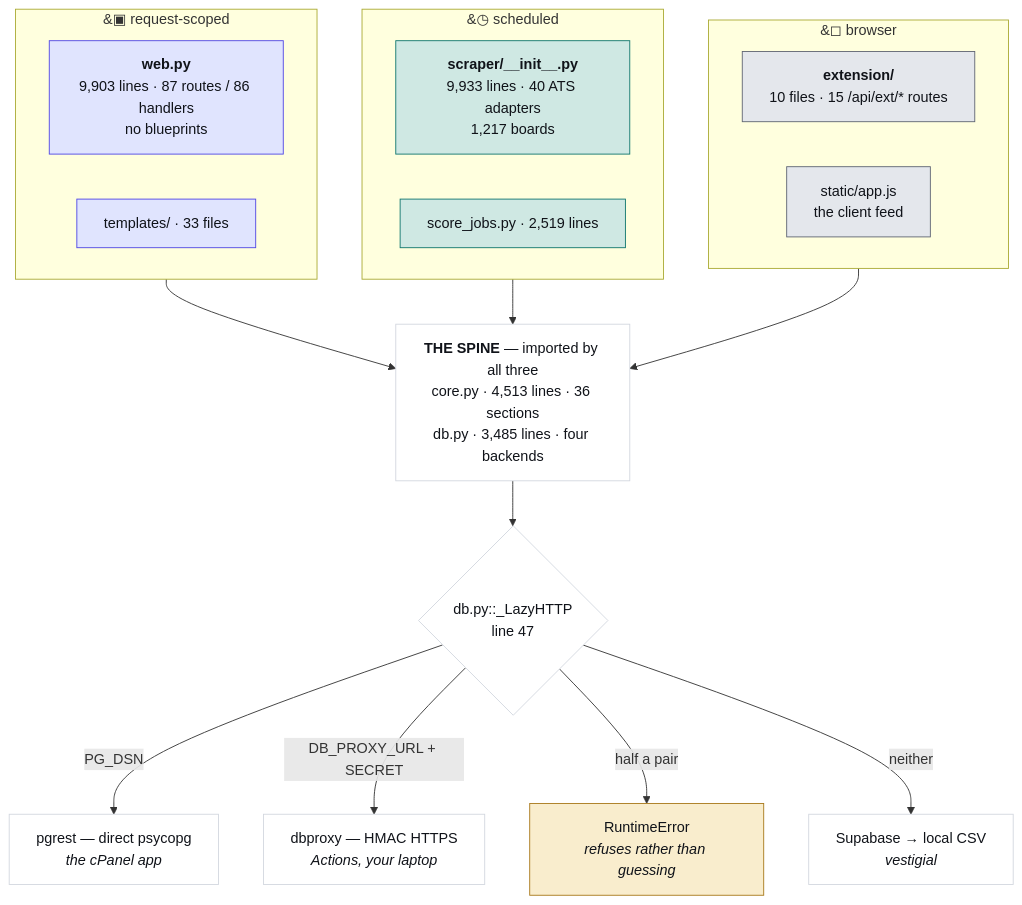
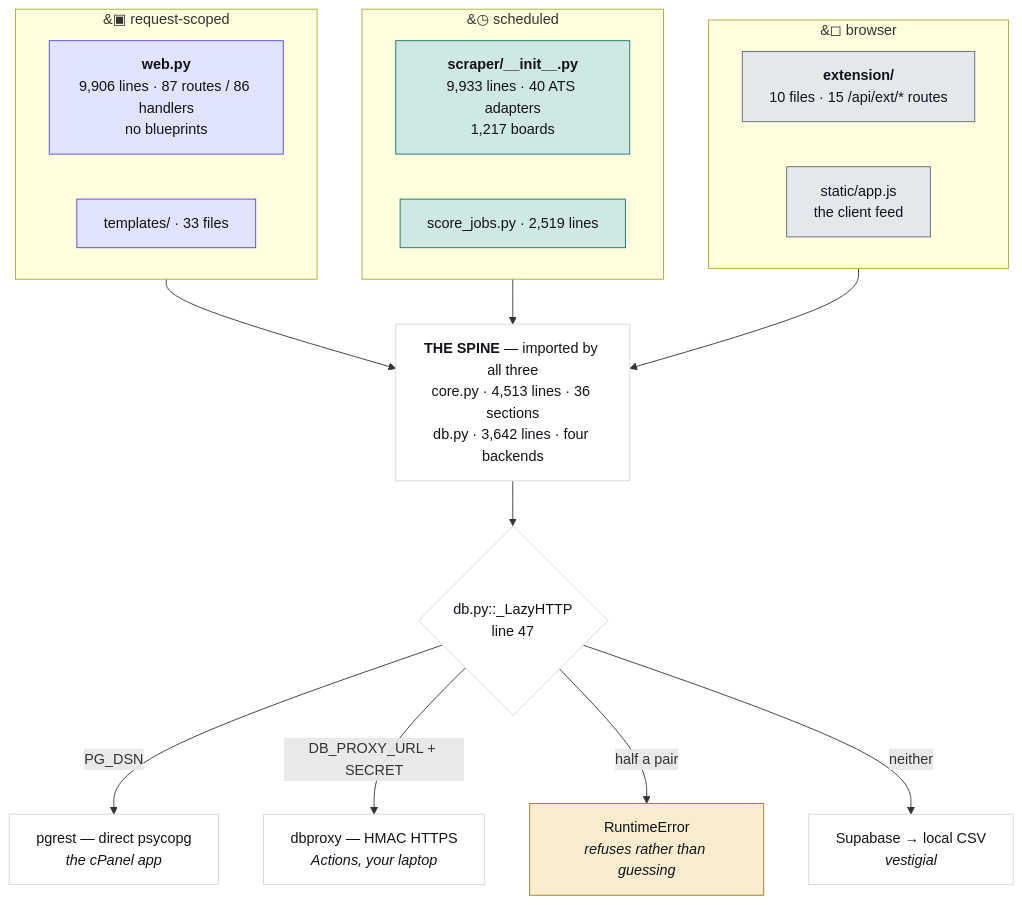
Before and after one commit to hadakunal909-debug/job-search-tool: the first of 4 diagrams in JobMatch Scraper/docs/ARCHITECTURE.md, drawn with Mermaid. The commit also changed 13 other files, not shown here.

````diff
--- a/JobMatch Scraper/docs/ARCHITECTURE.md
+++ b/JobMatch Scraper/docs/ARCHITECTURE.md
@@ -45,34 +45,34 @@
 ```mermaid
 flowchart TB
   subgraph REQ["&#9635; request-scoped"]
-    W["<b>web.py</b><br/>9,903 lines · 87 routes / 86 handlers<br/>no blueprints"]
+    W["<b>web.py</b><br/>9,906 lines · 87 routes / 86 handlers<br/>no blueprints"]
     T["templates/ · 33 files"]
   end
   subgraph SCH["&#9719; scheduled"]
     S["<b>scraper/__init__.py</b><br/>9,933 lines · 40 ATS adapters<br/>1,217 boards"]
     J["score_jobs.py · 2,519 lines"]
   end
   subgraph CLI["&#9723; browser"]
     E["<b>extension/</b><br/>10 files · 15 /api/ext/* routes"]
     A["static/app.js<br/>the client feed"]
   end
-  SPINE["<b>THE SPINE</b> — imported by all three<br/>core.py · 4,513 lines · 36 sections<br/>db.py · 3,485 lines · four backends"]
+  SPINE["<b>THE SPINE</b> — imported by all three<br/>core.py · 4,513 lines · 36 sections<br/>db.py · 3,642 lines · four backends"]
   REQ --> SPINE
   SCH --> SPINE
   CLI --> SPINE
   SPINE --> D{"db.py::_LazyHTTP<br/>line 47"}
   D -->|"PG_DSN"| P["pgrest — direct psycopg<br/><i>the cPanel app</i>"]
   D -->|"DB_PROXY_URL + SECRET"| X["dbproxy — HMAC HTTPS<br/><i>Actions, your laptop</i>"]
   D -->|"half a pair"| R["RuntimeError<br/><i>refuses rather than guessing</i>"]
   D -->|"neither"| V["Supabase → local CSV<br/><i>vestigial</i>"]
   classDef web fill:#e0e4fe,stroke:#4f46e5,color:#101319
   classDef sched fill:#cfe8e3,stroke:#0f766e,color:#101319
   classDef client fill:#e4e7ec,stroke:#5f6573,color:#101319
   classDef trap fill:#f9edcd,stroke:#a8781a,color:#101319
   classDef plain fill:#ffffff,stroke:#d3d7df,color:#101319
   class W,T web
   class S,J sched
   class E,A client
   class R trap
   class SPINE,D,P,X,V plain
 ```
````
